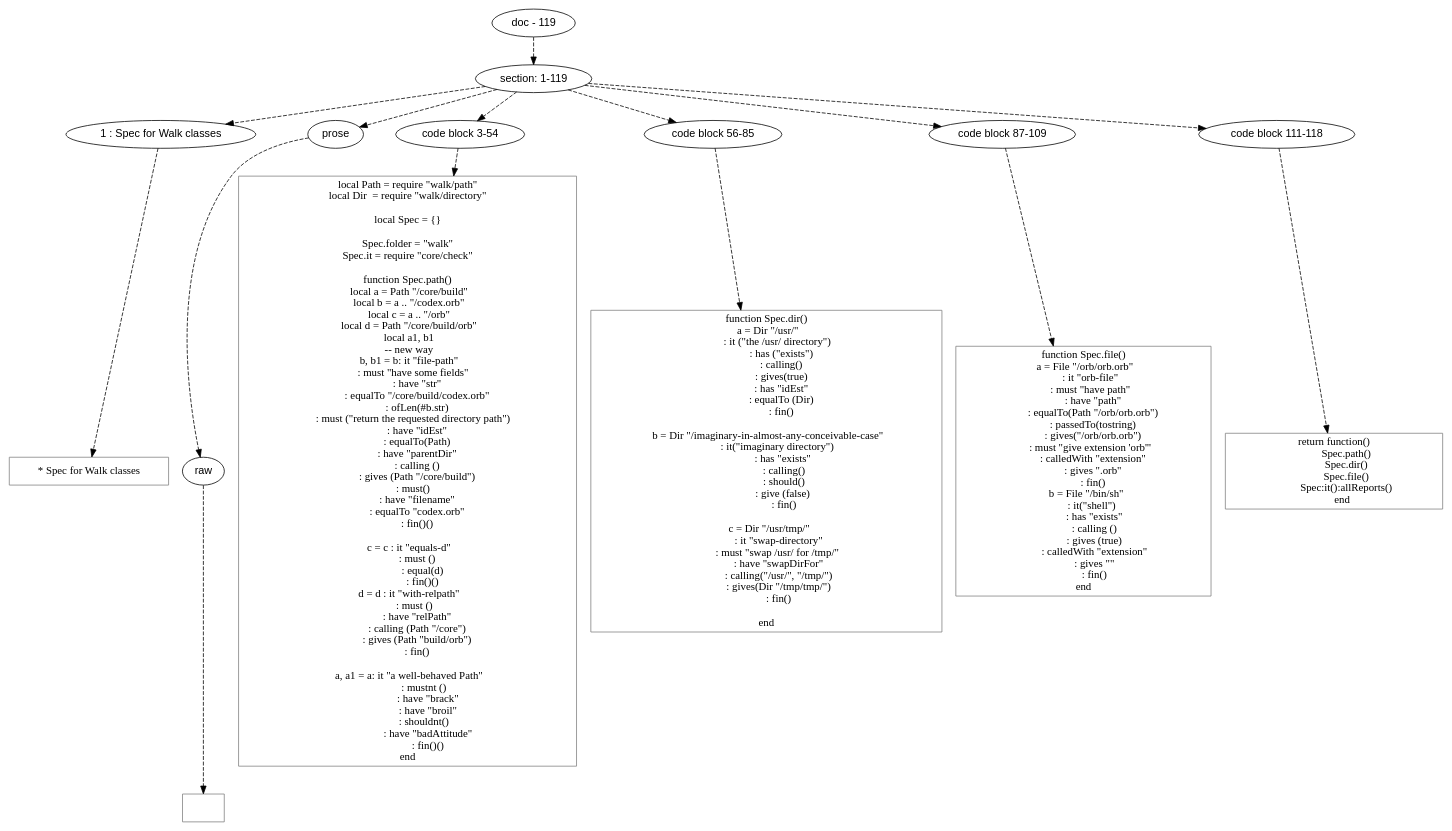
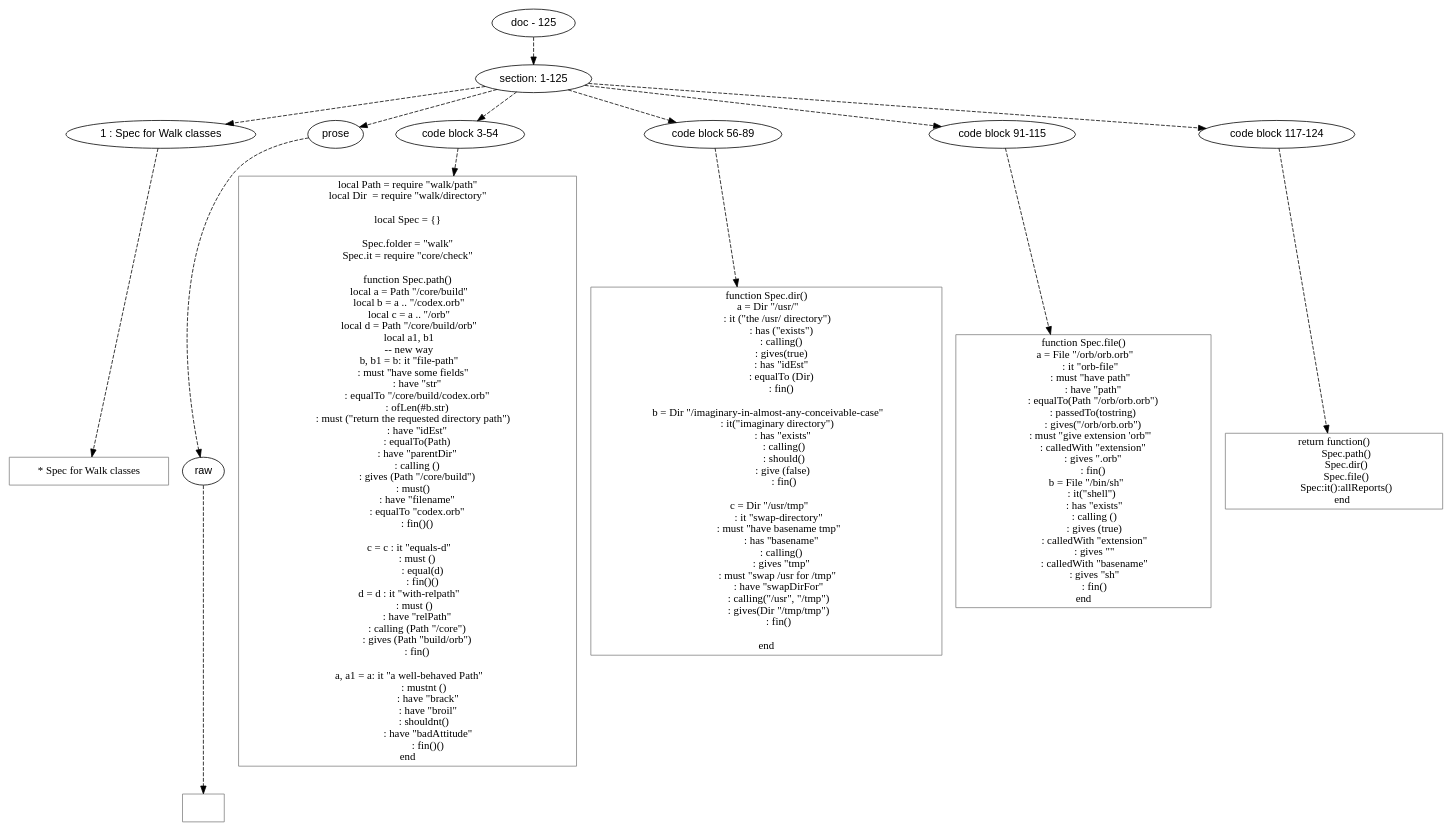
The diagram in doc/dot/spec/walk-spec.dot (mnemnion/orb), drawn with Graphviz before and after one commit. The commit also changed 38 other files, not shown here.

```diff
--- a/doc/dot/spec/walk-spec.dot
+++ b/doc/dot/spec/walk-spec.dot
@@ -1,170 +1,176 @@
 digraph lpegNode {
 
 node [fontname=Helvetica]
 edge [style=dashed]
 
-doc_0 [label="doc - 119"]
+doc_0 [label="doc - 125"]
 
 
 doc_0 -> { section_1}
 {rank=same; section_1}
 
-section_1 [label="section: 1-119"]
+section_1 [label="section: 1-125"]
 
 
 // END RANK doc_0
 
 section_1 -> { header_2 prose_3 codeblock_4 codeblock_5 codeblock_6 codeblock_7}
 {rank=same; header_2 prose_3 codeblock_4 codeblock_5 codeblock_6 codeblock_7}
 
 header_2 [label="1 : Spec for Walk classes"]
 
 prose_3 [label="prose"]
 
 codeblock_4 [label="code block 3-54"]
 
-codeblock_5 [label="code block 56-85"]
+codeblock_5 [label="code block 56-89"]
 
-codeblock_6 [label="code block 87-109"]
+codeblock_6 [label="code block 91-115"]
 
-codeblock_7 [label="code block 111-118"]
+codeblock_7 [label="code block 117-124"]
 
 
 // END RANK section_1
 
 header_2 -> leaf_8
 leaf_8  [color=Gray,shape=rectangle,fontname=Inconsolata,label="* Spec for Walk classes"]
 // END RANK header_2
 
 prose_3 -> { raw_9}
 {rank=same; raw_9}
 
 raw_9 [label="raw"]
 
 
 // END RANK prose_3
 
 raw_9 -> leaf_10
 leaf_10  [color=Gray,shape=rectangle,fontname=Inconsolata,label="
 "]
 // END RANK raw_9
 
 codeblock_4 -> leaf_11
 leaf_11  [color=Gray,shape=rectangle,fontname=Inconsolata,label="local Path = require \"walk/path\"
 local Dir  = require \"walk/directory\"
 
 local Spec = {}
 
 Spec.folder = \"walk\"
 Spec.it = require \"core/check\"
 
 function Spec.path()
   local a = Path \"/core/build\"
   local b = a .. \"/codex.orb\"
   local c = a .. \"/orb\"
   local d = Path \"/core/build/orb\"
   local a1, b1
   -- new way
   b, b1 = b: it \"file-path\"
      : must \"have some fields\"
         : have \"str\"
         : equalTo \"/core/build/codex.orb\"
         : ofLen(#b.str)
      : must (\"return the requested directory path\")
         : have \"idEst\"
         : equalTo(Path)
         : have \"parentDir\"
         : calling ()
         : gives (Path \"/core/build\")
      : must()
         : have \"filename\"
         : equalTo \"codex.orb\"
         : fin()()
 
   c = c : it \"equals-d\"
         : must ()
             : equal(d)
             : fin()()
   d = d : it \"with-relpath\"
       : must ()
         : have \"relPath\"
         : calling (Path \"/core\")
         : gives (Path \"build/orb\")
         : fin()
 
   a, a1 = a: it \"a well-behaved Path\"
              : mustnt ()
                 : have \"brack\"
                 : have \"broil\"
              : shouldnt()
                 : have \"badAttitude\"
                 : fin()()
 end"]
 // END RANK codeblock_4
 
 codeblock_5 -> leaf_12
 leaf_12  [color=Gray,shape=rectangle,fontname=Inconsolata,label="function Spec.dir()
   a = Dir \"/usr/\"
          : it (\"the /usr/ directory\")
             : has (\"exists\")
             : calling()
             : gives(true)
             : has \"idEst\"
             : equalTo (Dir)
             : fin()
 
   b = Dir \"/imaginary-in-almost-any-conceivable-case\"
          : it(\"imaginary directory\")
              : has \"exists\"
               : calling()
               : should()
              : give (false)
               : fin()
 
-   c = Dir \"/usr/tmp/\"
+   c = Dir \"/usr/tmp\"
           : it \"swap-directory\"
-         : must \"swap /usr/ for /tmp/\"
+          : must \"have basename tmp\"
+            : has \"basename\"
+            : calling()
+            : gives \"tmp\"
+         : must \"swap /usr for /tmp\"
           : have \"swapDirFor\"
-          : calling(\"/usr/\", \"/tmp/\")
-          : gives(Dir \"/tmp/tmp/\")
+          : calling(\"/usr\", \"/tmp\")
+          : gives(Dir \"/tmp/tmp\")
           : fin()
 
 end
 "]
 // END RANK codeblock_5
 
 codeblock_6 -> leaf_13
 leaf_13  [color=Gray,shape=rectangle,fontname=Inconsolata,label="function Spec.file()
   a = File \"/orb/orb.orb\"
       : it \"orb-file\"
       : must \"have path\"
         : have \"path\"
         : equalTo(Path \"/orb/orb.orb\")
         : passedTo(tostring)
         : gives(\"/orb/orb.orb\")
       : must \"give extension 'orb'\"
         : calledWith \"extension\"
         : gives \".orb\"
         : fin()
    b = File \"/bin/sh\"
        : it(\"shell\")
          : has \"exists\"
          : calling ()
          : gives (true)
          : calledWith \"extension\"
          : gives \"\"
+         : calledWith \"basename\"
+         : gives \"sh\"
          : fin()
 end"]
 // END RANK codeblock_6
 
 codeblock_7 -> leaf_14
 leaf_14  [color=Gray,shape=rectangle,fontname=Inconsolata,label="return function()
           Spec.path()
           Spec.dir()
           Spec.file()
           Spec:it():allReports()
        end"]
 // END RANK codeblock_7
 
 
 }
```
